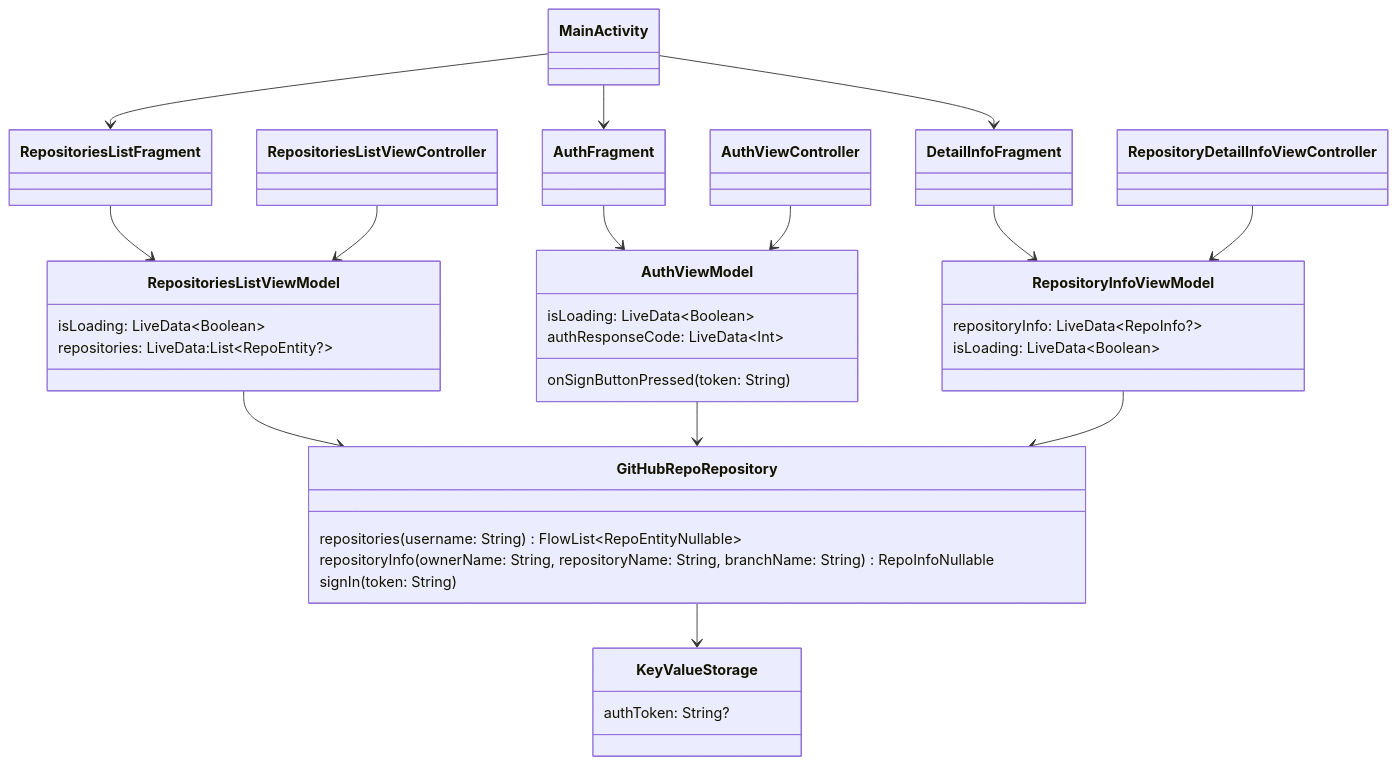
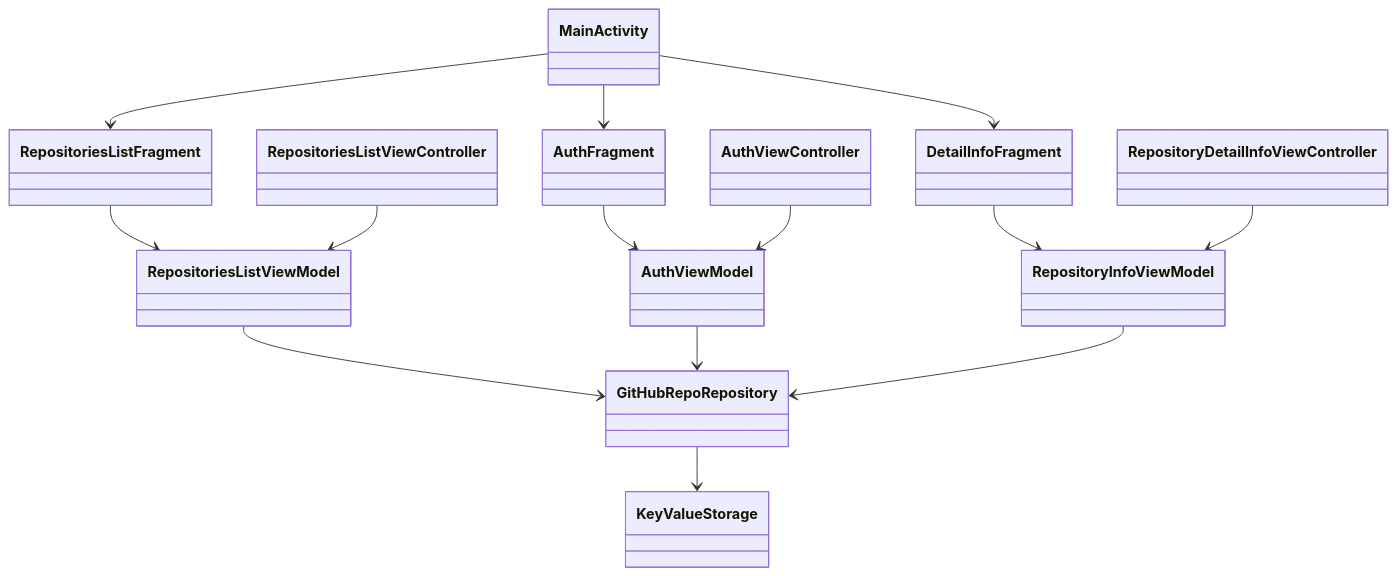
One commit to icerockdev/kmm.icerock.dev changed the diagram in university/4-icerock-basics/practice.md. Above: the diagram before and after it, drawn with Mermaid. The commit also changed other lines of this file and 1 other file, not shown here.

````diff
--- a/university/4-icerock-basics/practice.md
+++ b/university/4-icerock-basics/practice.md
@@ -41,51 +181,35 @@
 ```mermaid
 classDiagram
-class AuthViewModel:::common{
-   isLoading: LiveData~Boolean~
-   authResponseCode: LiveData~Int~
-   onSignButtonPressed(token: String)
-}
+class AuthViewModel:::common
    
-class RepositoryInfoViewModel:::common{
-   repositoryInfo: LiveData~RepoInfo?~
-   isLoading: LiveData~Boolean~
-}
+class RepositoryInfoViewModel:::common
    
-class RepositoriesListViewModel:::common {
-   isLoading: LiveData~Boolean~
-   repositories: LiveData:List~RepoEntity?~  
-}
+class RepositoriesListViewModel:::common
    
-class GitHubRepoRepository:::common{
-   repositories(username: String) FlowList~RepoEntityNullable~
-   repositoryInfo(ownerName: String, repositoryName: String, branchName: String) RepoInfoNullable
-   signIn(token: String)
-}
-class KeyValueStorage:::common{
-   authToken: String?
-}
+class GitHubRepoRepository:::common
+class KeyValueStorage:::common
 
 class MainActivity:::android
 class RepositoriesListFragment:::android
 class DetailInfoFragment:::android
 class AuthFragment:::android
 class RepositoriesListViewController:::ios
 class RepositoryDetailInfoViewController:::ios
 class AuthViewController:::ios
 
 MainActivity --> AuthFragment
 MainActivity --> RepositoriesListFragment
 MainActivity --> DetailInfoFragment
 RepositoriesListFragment --> RepositoriesListViewModel
 DetailInfoFragment --> RepositoryInfoViewModel
 AuthFragment --> AuthViewModel
    
 RepositoriesListViewModel --> GitHubRepoRepository
 AuthViewModel --> GitHubRepoRepository
 RepositoryInfoViewModel --> GitHubRepoRepository
        
 RepositoriesListViewController --> RepositoriesListViewModel
 RepositoryDetailInfoViewController --> RepositoryInfoViewModel
 AuthViewController --> AuthViewModel
 GitHubRepoRepository --> KeyValueStorage
 ```
````
